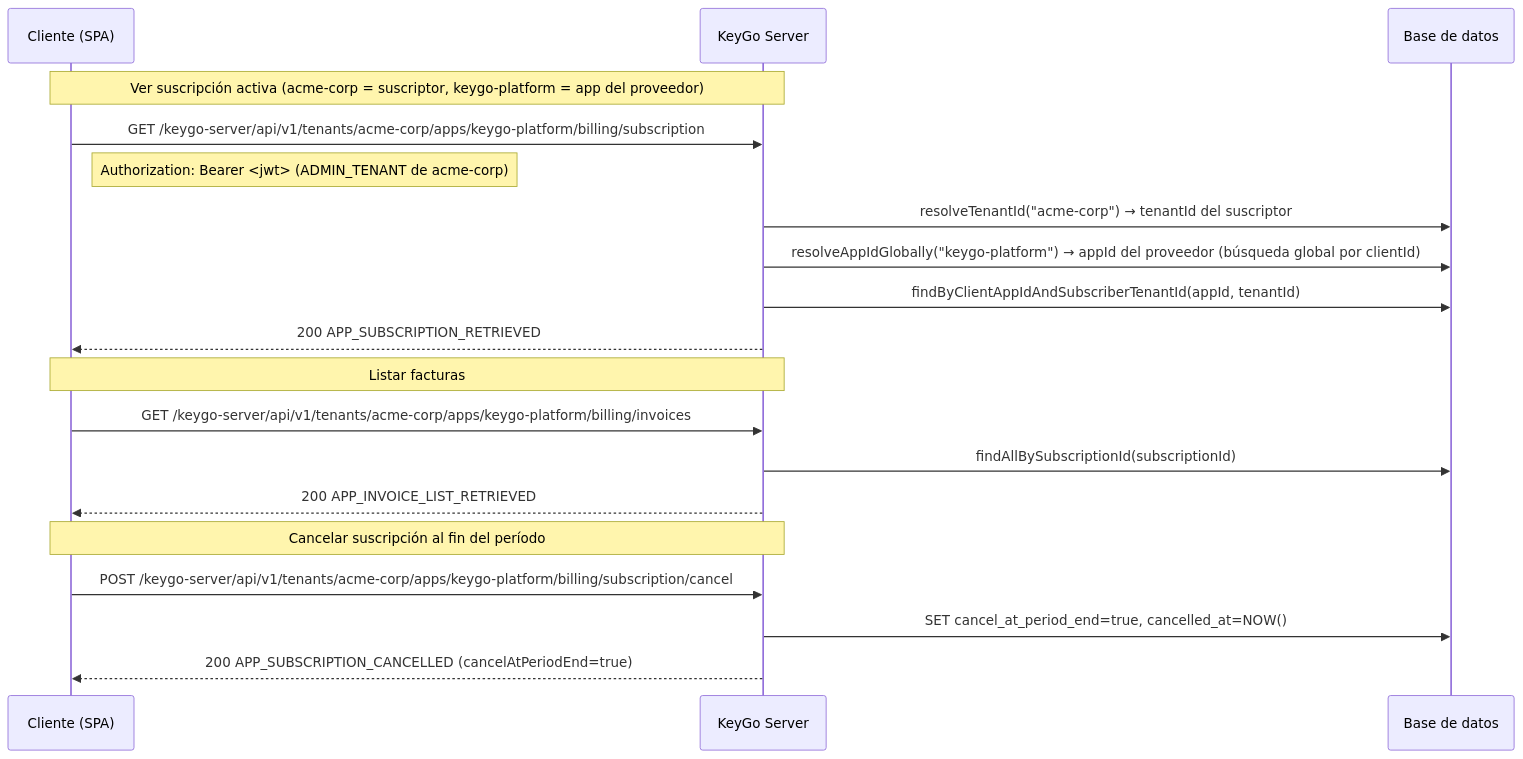
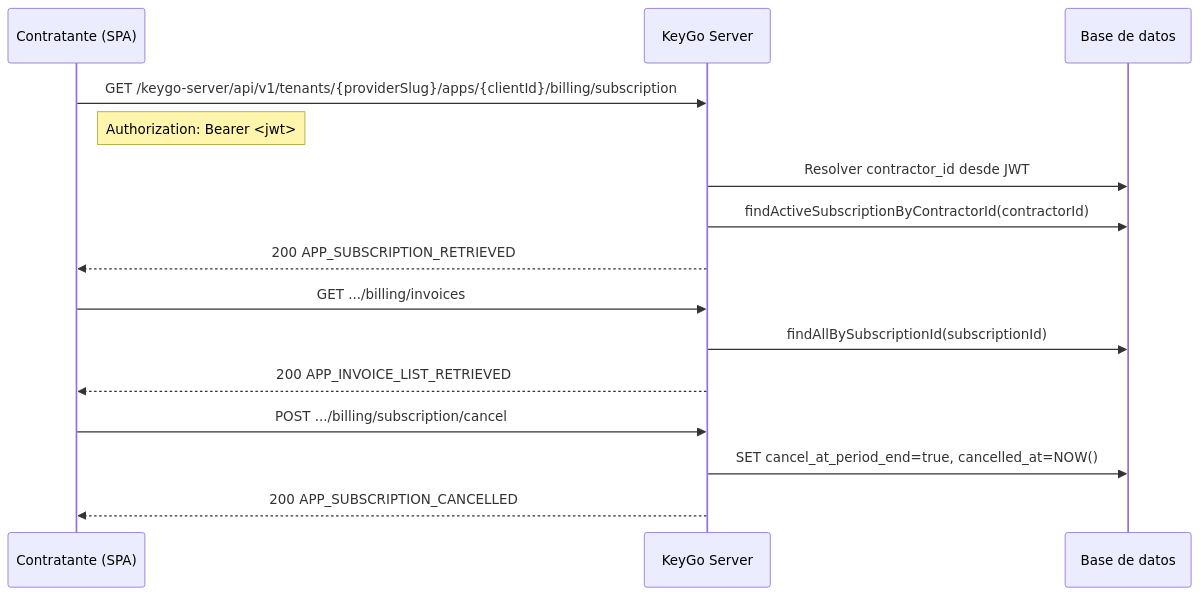
One commit to cmartinezs/keygo-web-ui changed the seventh of 8 diagrams in docs/BILLING_FLOW.md. Above: the diagram before and after it, drawn with Mermaid. The commit also changed other lines of this file and 17 other files, not shown here.

````diff
--- a/docs/BILLING_FLOW.md
+++ b/docs/BILLING_FLOW.md
@@ -243,24 +350,20 @@
 ```mermaid
 sequenceDiagram
-    participant C as Cliente (SPA)
+    participant C as Contratante (SPA)
     participant K as KeyGo Server
     participant DB as Base de datos
 
-    Note over C,K: Ver suscripción activa (acme-corp = suscriptor, keygo-platform = app del proveedor)
-    C->>K: GET /keygo-server/api/v1/tenants/acme-corp/apps/keygo-platform/billing/subscription
-    Note right of C: Authorization: Bearer <jwt> (ADMIN_TENANT de acme-corp)
-    K->>DB: resolveTenantId("acme-corp") → tenantId del suscriptor
-    K->>DB: resolveAppIdGlobally("keygo-platform") → appId del proveedor (búsqueda global por clientId)
-    K->>DB: findByClientAppIdAndSubscriberTenantId(appId, tenantId)
+    C->>K: GET /keygo-server/api/v1/tenants/{providerSlug}/apps/{clientId}/billing/subscription
+    Note right of C: Authorization: Bearer <jwt>
+    K->>DB: Resolver contractor_id desde JWT
+    K->>DB: findActiveSubscriptionByContractorId(contractorId)
     K-->>C: 200 APP_SUBSCRIPTION_RETRIEVED
 
-    Note over C,K: Listar facturas
-    C->>K: GET /keygo-server/api/v1/tenants/acme-corp/apps/keygo-platform/billing/invoices
+    C->>K: GET .../billing/invoices
     K->>DB: findAllBySubscriptionId(subscriptionId)
     K-->>C: 200 APP_INVOICE_LIST_RETRIEVED
 
-    Note over C,K: Cancelar suscripción al fin del período
-    C->>K: POST /keygo-server/api/v1/tenants/acme-corp/apps/keygo-platform/billing/subscription/cancel
+    C->>K: POST .../billing/subscription/cancel
     K->>DB: SET cancel_at_period_end=true, cancelled_at=NOW()
-    K-->>C: 200 APP_SUBSCRIPTION_CANCELLED (cancelAtPeriodEnd=true)
+    K-->>C: 200 APP_SUBSCRIPTION_CANCELLED
 ```
````
